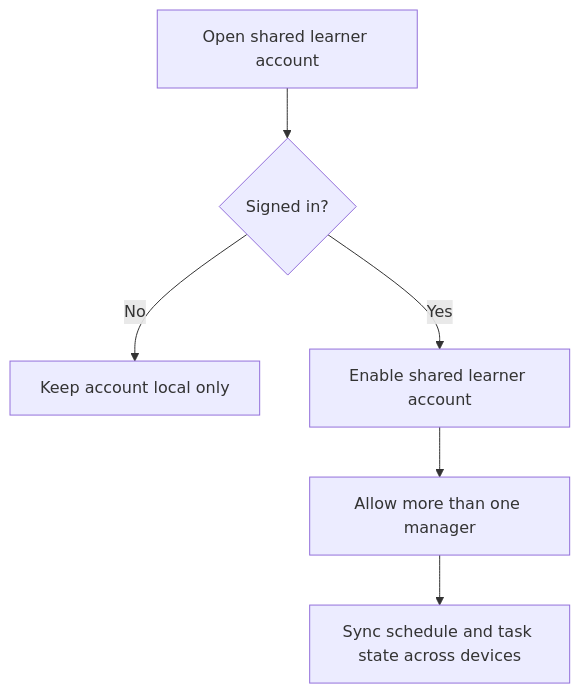
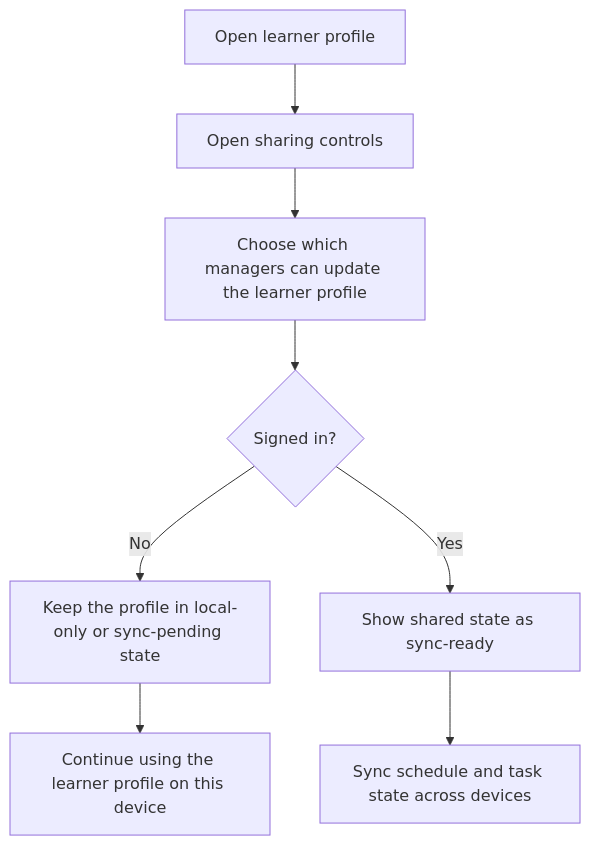
Before and after one commit to mahdihijazi/tathbeet: the diagram in docs/user-flows/shared-learner-account.md, drawn with Mermaid. The commit also changed other lines of this file and 6 other files, not shown here.

First line of the commit message:
Update flow diagrams and README

````diff
--- a/docs/user-flows/shared-learner-account.md
+++ b/docs/user-flows/shared-learner-account.md
@@ -3,8 +3,10 @@
 ```mermaid
 flowchart TD
-    A["Open shared learner account"] --> B{"Signed in?"}
-    B -- "No" --> C["Keep account local only"]
-    B -- "Yes" --> D["Enable shared learner account"]
-    D --> E["Allow more than one manager"]
-    E --> F["Sync schedule and task state across devices"]
+    A["Open learner profile"] --> B["Open sharing controls"]
+    B --> C["Choose which managers can update the learner profile"]
+    C --> D{"Signed in?"}
+    D -- "No" --> E["Keep the profile in local-only or sync-pending state"]
+    D -- "Yes" --> F["Show shared state as sync-ready"]
+    E --> G["Continue using the learner profile on this device"]
+    F --> H["Sync schedule and task state across devices"]
 ```
````
